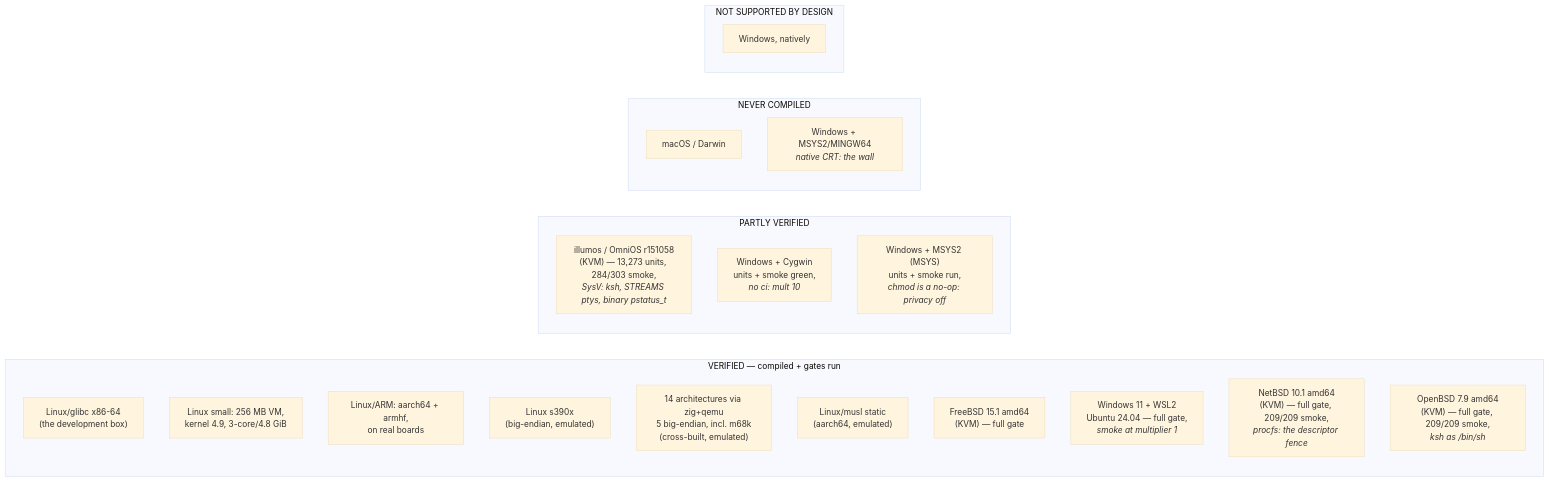
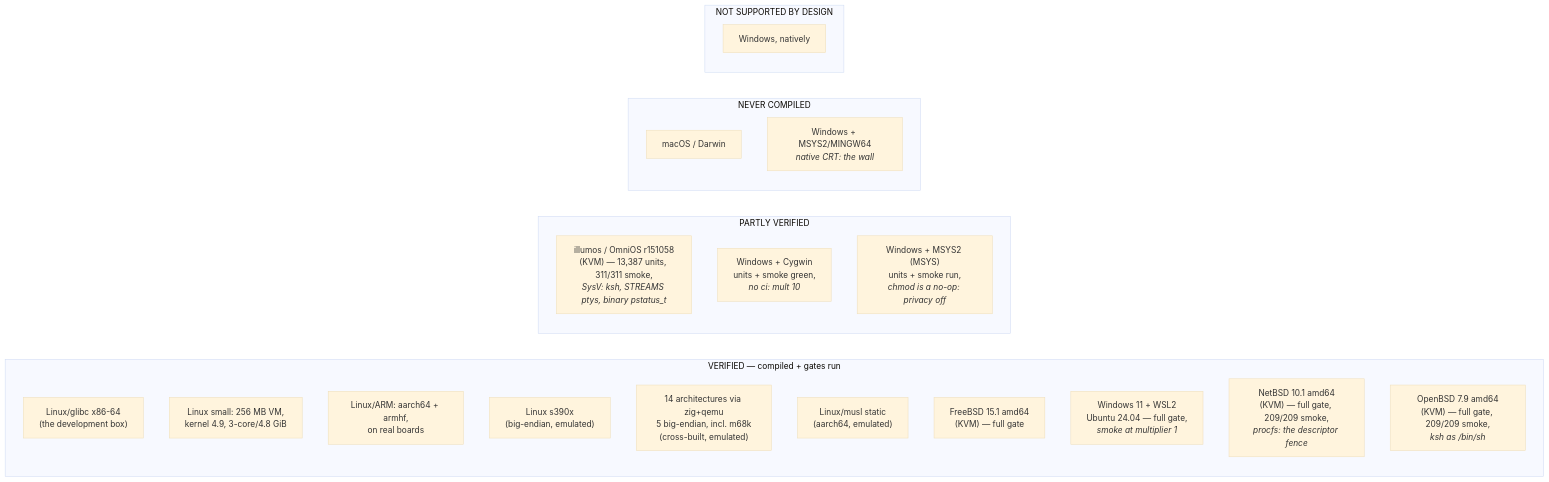
Before and after one commit to alexanderlarsdallmann/jichi: the diagram in docs/PLATFORMS.md, drawn with Mermaid (base theme). The commit also changed other lines of this file and 129 other files, not shown here.

````diff
--- a/docs/PLATFORMS.md
+++ b/docs/PLATFORMS.md
@@ -63,27 +63,27 @@
 ```mermaid
 flowchart LR
     subgraph V["VERIFIED — compiled + gates run"]
         L["Linux/glibc x86-64<br/>(the development box)"]
         S["Linux small: 256 MB VM,<br/>kernel 4.9, 3-core/4.8 GiB"]
         A["Linux/ARM: aarch64 + armhf,<br/>on real boards"]
         B["Linux s390x<br/>(big-endian, emulated)"]
         X14["14 architectures via zig+qemu<br/>5 big-endian, incl. m68k<br/>(cross-built, emulated)"]
         M["Linux/musl static<br/>(aarch64, emulated)"]
         FB["FreeBSD 15.1 amd64<br/>(KVM) — full gate"]
         WSL["Windows 11 + WSL2<br/>Ubuntu 24.04 — full gate,<br/><i>smoke at multiplier 1</i>"]
         NB["NetBSD 10.1 amd64<br/>(KVM) — full gate, 209/209 smoke,<br/><i>procfs: the descriptor fence</i>"]
         O["OpenBSD 7.9 amd64<br/>(KVM) — full gate, 209/209 smoke,<br/><i>ksh as /bin/sh</i>"]
     end
     subgraph P["PARTLY VERIFIED"]
-        ILL["illumos / OmniOS r151058<br/>(KVM) — 13,273 units, 284/303 smoke,<br/><i>SysV: ksh, STREAMS ptys, binary pstatus_t</i>"]
+        ILL["illumos / OmniOS r151058<br/>(KVM) — 13,387 units, 311/311 smoke,<br/><i>SysV: ksh, STREAMS ptys, binary pstatus_t</i>"]
         CYG["Windows + Cygwin<br/>units + smoke green,<br/><i>no ci: mult 10</i>"]
         MSY2["Windows + MSYS2 (MSYS)<br/>units + smoke run,<br/><i>chmod is a no-op: privacy off</i>"]
     end
     subgraph U["NEVER COMPILED"]
         MAC["macOS / Darwin"]
         MGW["Windows + MSYS2/MINGW64<br/><i>native CRT: the wall</i>"]
     end
     subgraph N["NOT SUPPORTED BY DESIGN"]
         WIN["Windows, natively"]
     end
 ```
````
